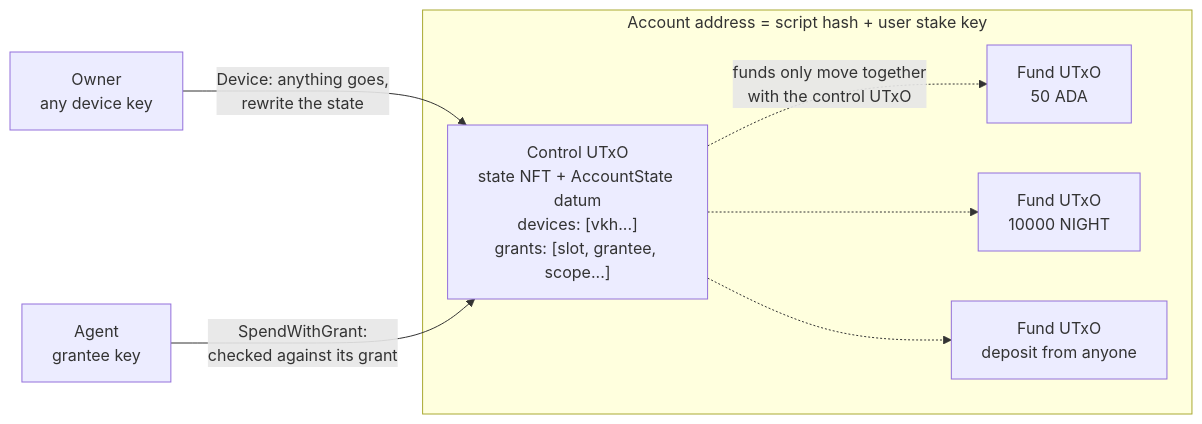
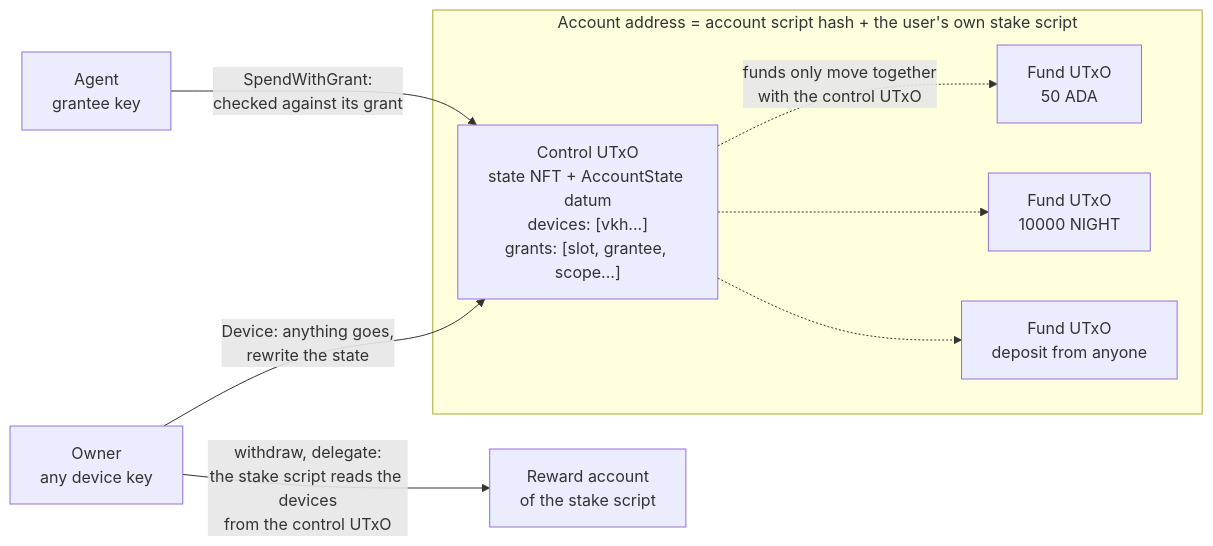
The first of 5 diagrams in README.md (Biglup/cardano-account-custody-contract), drawn with Mermaid before and after one commit. The commit also changed other lines of this file and 1 other file, not shown here.

Commit message:
docs: describe the stake credential, permanence and the final grant model

````diff
--- a/README.md
+++ b/README.md
@@ -29,14 +36,16 @@
 ```mermaid
 flowchart LR
-    subgraph addr["Account address = script hash + user stake key"]
+    subgraph addr["Account address = account script hash + the user's own stake script"]
         control["Control UTxO<br/>state NFT + AccountState datum<br/>devices: [vkh...]<br/>grants: [slot, grantee, scope...]"]
         f1["Fund UTxO<br/>50 ADA"]
         f2["Fund UTxO<br/>10000 NIGHT"]
         f3["Fund UTxO<br/>deposit from anyone"]
     end
+    rewards["Reward account<br/>of the stake script"]
     owner["Owner<br/>any device key"] -- "Device: anything goes,<br/>rewrite the state" --> control
     agent["Agent<br/>grantee key"] -- "SpendWithGrant:<br/>checked against its grant" --> control
+    owner -- "withdraw, delegate:<br/>the stake script reads the devices<br/>from the control UTxO" --> rewards
     control -. "funds only move together<br/>with the control UTxO" .-> f1
     control -.-> f2
     control -.-> f3
 ```
````
